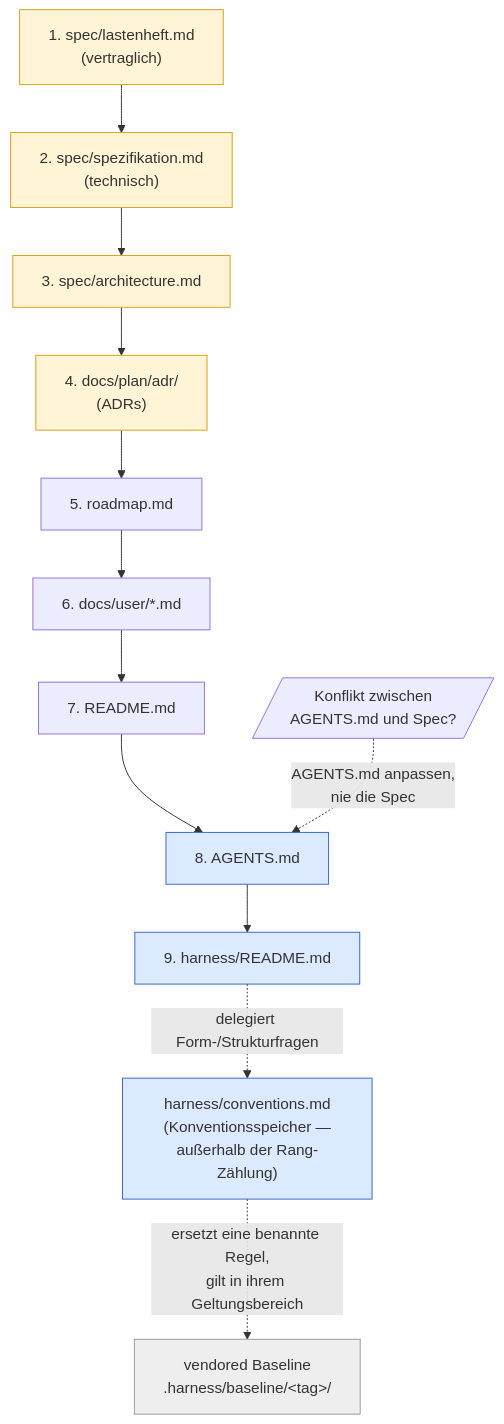
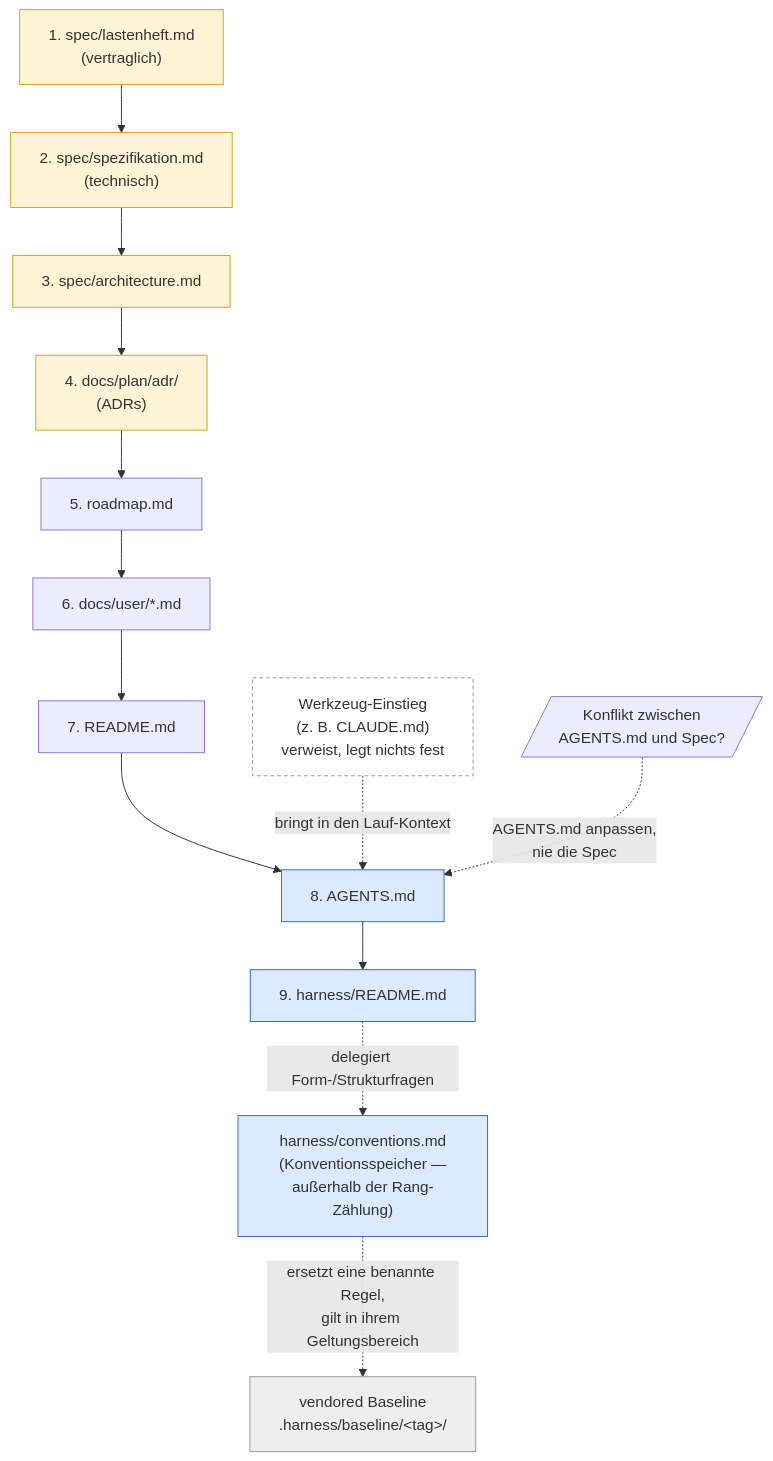
One commit to pt9912/ai-harness-course changed the first of 2 diagrams in kurs/de/grundlagen/source-precedence.md. Above: the diagram before and after it, drawn with Mermaid. The commit also changed other lines of this file and 5 other files, not shown here.

````diff
--- a/kurs/de/grundlagen/source-precedence.md
+++ b/kurs/de/grundlagen/source-precedence.md
@@ -20,23 +20,25 @@
 ```mermaid
 flowchart TD
     L["1. spec/lastenheft.md<br/>(vertraglich)"] --> T["2. spec/spezifikation.md<br/>(technisch)"]
     T --> S["3. spec/architecture.md"]
     S --> A["4. docs/plan/adr/<br/>(ADRs)"]
     A --> R["5. roadmap.md"]
     R --> U["6. docs/user/*.md"]
     U --> RM["7. README.md"]
     RM --> AG["8. AGENTS.md"]
     AG --> H["9. harness/README.md"]
     H -. "delegiert Form-/Strukturfragen" .-> C["harness/conventions.md<br/>(Konventionsspeicher —<br/>außerhalb der Rang-Zählung)"]
     C -. "ersetzt eine benannte Regel,<br/>gilt in ihrem Geltungsbereich" .-> B["vendored Baseline<br/>.harness/baseline/&lt;tag&gt;/"]
+    E["Werkzeug-Einstieg<br/>(z. B. CLAUDE.md)<br/>verweist, legt nichts fest"] -. "bringt in den Lauf-Kontext" .-> AG
     style L fill:#fff4d6,stroke:#d4a017
     style T fill:#fff4d6,stroke:#d4a017
     style S fill:#fff4d6,stroke:#d4a017
     style A fill:#fff4d6,stroke:#d4a017
     style AG fill:#dceaff,stroke:#3366cc
     style H fill:#dceaff,stroke:#3366cc
     style C fill:#dceaff,stroke:#3366cc
     style B fill:#eeeeee,stroke:#999999
+    style E fill:#ffffff,stroke:#999999,stroke-dasharray: 4 3
 
     Conflict[/"Konflikt zwischen<br/>AGENTS.md und Spec?"/] -. "AGENTS.md anpassen,<br/>nie die Spec" .-> AG
 ```
````
